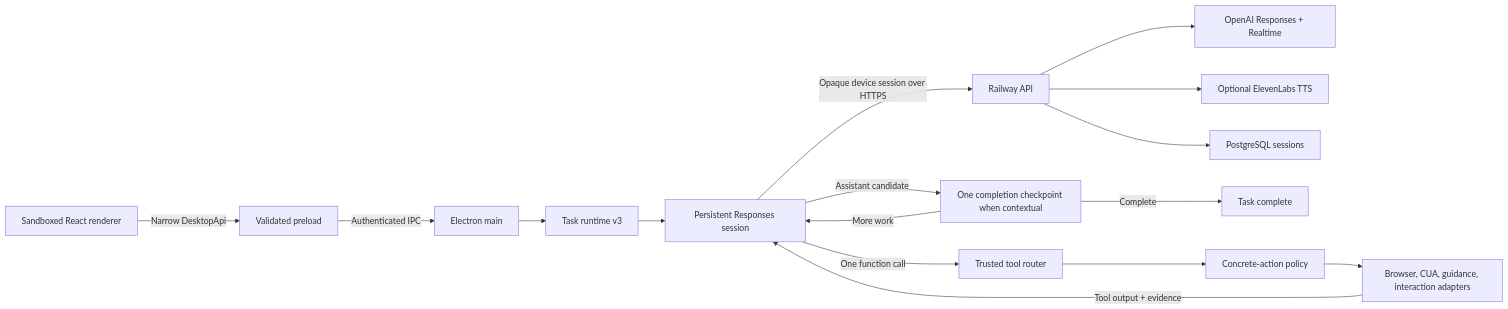
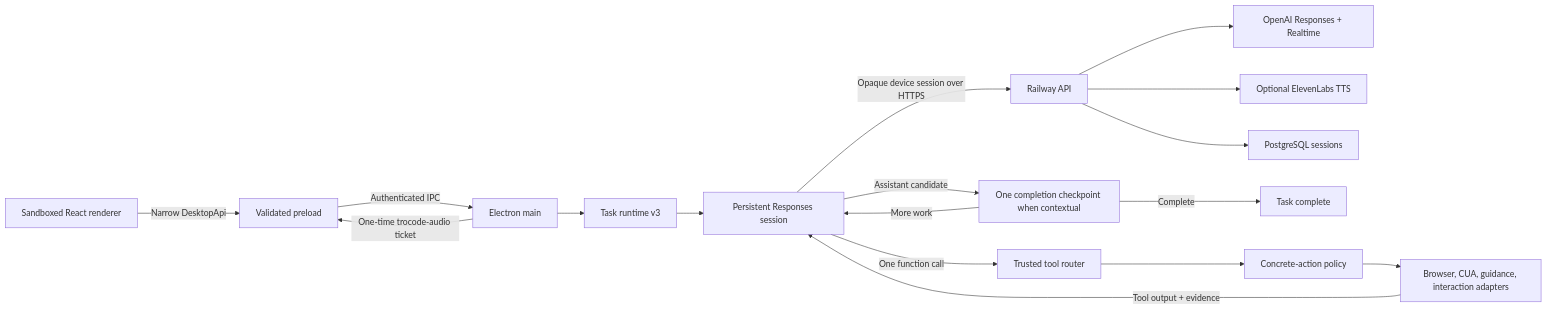
One commit to ducnguyen67201/TroCode changed the diagram in docs/architecture.md. Above: the diagram before and after it, drawn with Mermaid. The commit also changed other lines of this file and 44 other files, not shown here.

````diff
--- a/docs/architecture.md
+++ b/docs/architecture.md
@@ -10,18 +10,19 @@
 ```mermaid
 flowchart LR
     UI["Sandboxed React renderer"] -->|"Narrow DesktopApi"| PRELOAD["Validated preload"]
     PRELOAD -->|"Authenticated IPC"| MAIN["Electron main"]
     MAIN --> RUNTIME["Task runtime v3"]
     RUNTIME --> AGENT["Persistent Responses session"]
     AGENT -->|"Opaque device session over HTTPS"| API["Railway API"]
     API --> OPENAI["OpenAI Responses + Realtime"]
     API --> ELEVEN["Optional ElevenLabs TTS"]
+    MAIN -->|"One-time trocode-audio ticket"| PRELOAD
     API --> SESSIONS["PostgreSQL sessions"]
     AGENT -->|"Assistant candidate"| REVIEW["One completion checkpoint when contextual"]
     REVIEW -->|"Complete"| DONE["Task complete"]
     REVIEW -->|"More work"| AGENT
     AGENT -->|"One function call"| ROUTER["Trusted tool router"]
     ROUTER --> POLICY["Concrete-action policy"]
     POLICY --> ADAPTERS["Browser, CUA, guidance, interaction adapters"]
     ADAPTERS -->|"Tool output + evidence"| AGENT
 ```
````
